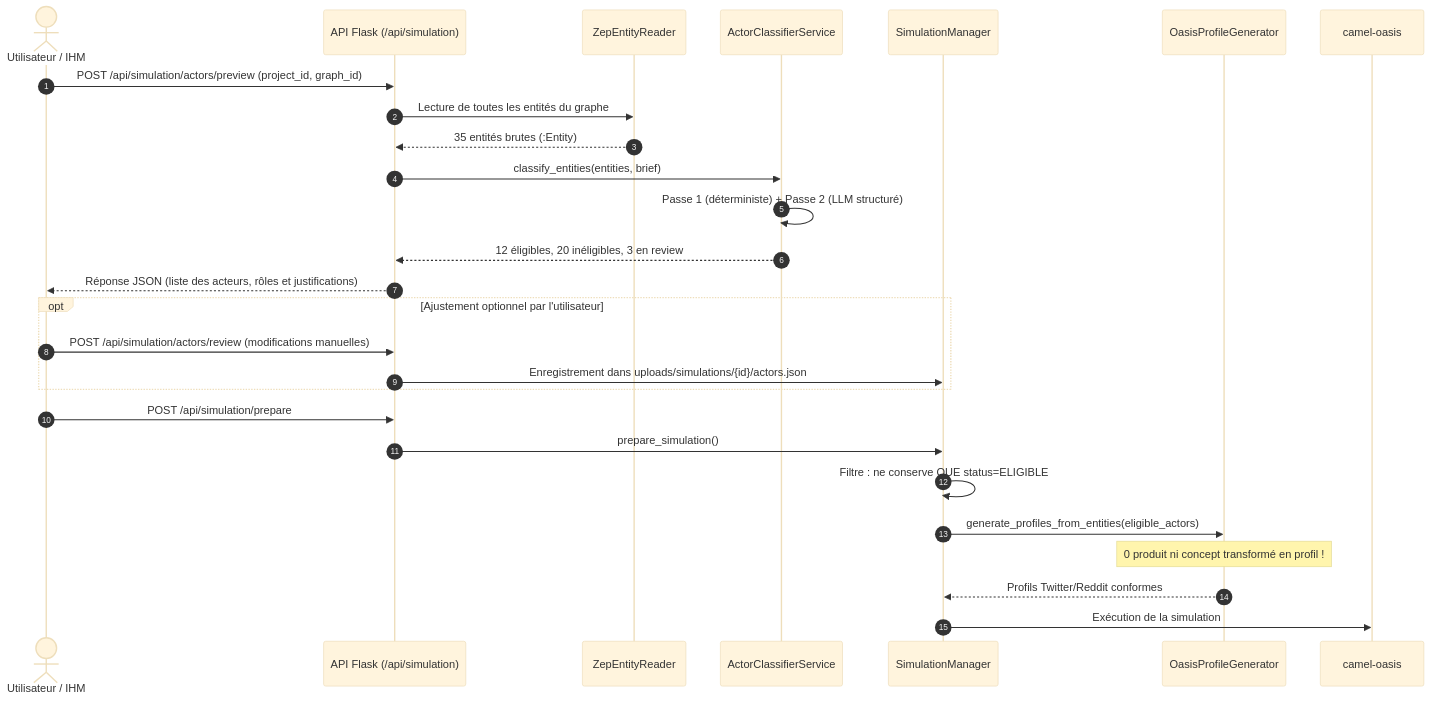
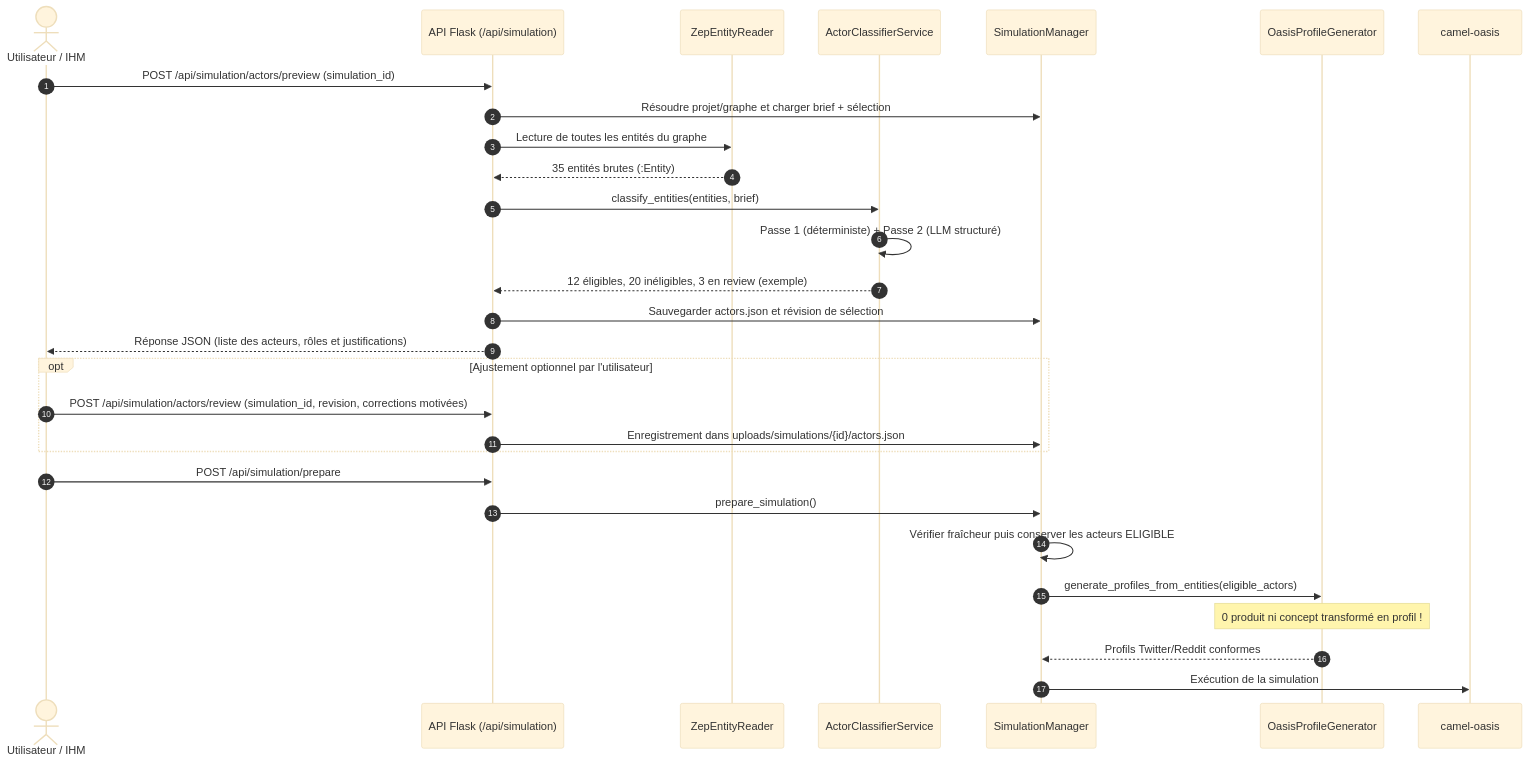
One commit to zohac/MiroFish changed the third of 3 diagrams in docs/plans/009-eligibilite-acteurs-et-sources/architecture.md. Above: the diagram before and after it, drawn with Mermaid (base theme). The commit also changed other lines of this file and 8 other files, not shown here.

````diff
--- a/docs/plans/009-eligibilite-acteurs-et-sources/architecture.md
+++ b/docs/plans/009-eligibilite-acteurs-et-sources/architecture.md
@@ -217,32 +262,34 @@
 ```mermaid
 sequenceDiagram
     autonumber
     actor User as Utilisateur / IHM
     participant API as API Flask (/api/simulation)
     participant Reader as ZepEntityReader
     participant Classifier as ActorClassifierService
     participant SimMgr as SimulationManager
     participant ProfileGen as OasisProfileGenerator
     participant Oasis as camel-oasis
 
-    User->>API: POST /api/simulation/actors/preview (project_id, graph_id)
+    User->>API: POST /api/simulation/actors/preview (simulation_id)
+    API->>SimMgr: Résoudre projet/graphe et charger brief + sélection
     API->>Reader: Lecture de toutes les entités du graphe
     Reader-->>API: 35 entités brutes (:Entity)
     API->>Classifier: classify_entities(entities, brief)
     Classifier->>Classifier: Passe 1 (déterministe) + Passe 2 (LLM structuré)
-    Classifier-->>API: 12 éligibles, 20 inéligibles, 3 en review
+    Classifier-->>API: 12 éligibles, 20 inéligibles, 3 en review (exemple)
+    API->>SimMgr: Sauvegarder actors.json et révision de sélection
     API-->>User: Réponse JSON (liste des acteurs, rôles et justifications)
 
     opt Ajustement optionnel par l'utilisateur
-        User->>API: POST /api/simulation/actors/review (modifications manuelles)
+        User->>API: POST /api/simulation/actors/review (simulation_id, revision, corrections motivées)
         API->>SimMgr: Enregistrement dans uploads/simulations/{id}/actors.json
     end
 
     User->>API: POST /api/simulation/prepare
     API->>SimMgr: prepare_simulation()
-    SimMgr->>SimMgr: Filtre : ne conserve QUE status=ELIGIBLE
+    SimMgr->>SimMgr: Vérifier fraîcheur puis conserver les acteurs ELIGIBLE
     SimMgr->>ProfileGen: generate_profiles_from_entities(eligible_actors)
     Note over ProfileGen: 0 produit ni concept transformé en profil !
     ProfileGen-->>SimMgr: Profils Twitter/Reddit conformes
     SimMgr->>Oasis: Exécution de la simulation
 ```
````
